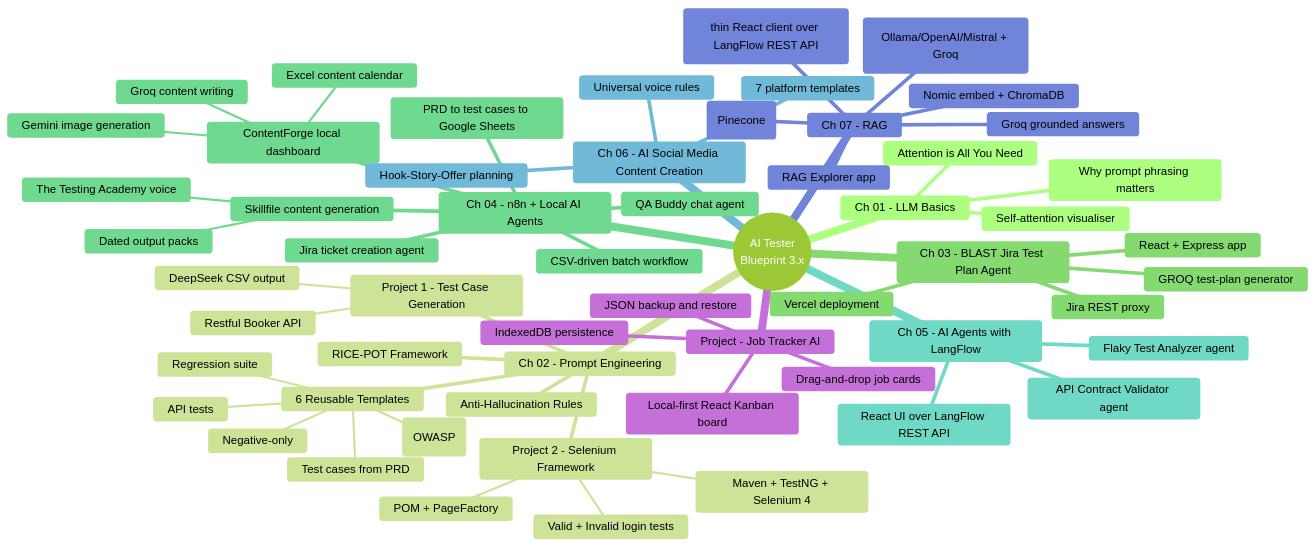
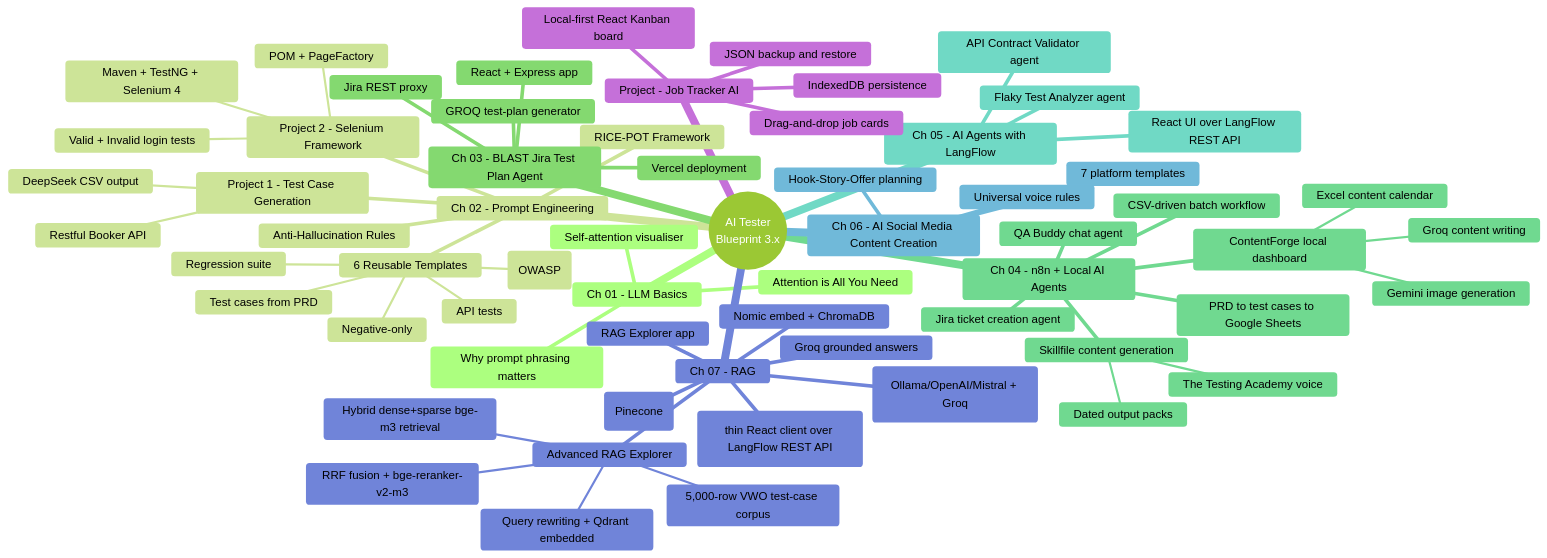
The first of 4 diagrams in README.md (SathishQASelenium/AI3xBatch), drawn with Mermaid (forest theme) before and after one commit. The commit also changed other lines of this file and 20 other files, not shown here.

First line of the commit message:
Add Advanced RAG Explorer (hybrid + RRF + rerank) and doc updates

````diff
--- a/README.md
+++ b/README.md
@@ -14,61 +14,66 @@
 ```mermaid
 mindmap
   root((AI Tester<br/>Blueprint 3.x))
     Ch 01 - LLM Basics
       Attention is All You Need
       Self-attention visualiser
       Why prompt phrasing matters
     Ch 02 - Prompt Engineering
       Anti-Hallucination Rules
       RICE-POT Framework
       Project 1 - Test Case Generation
         Restful Booker API
         DeepSeek CSV output
       Project 2 - Selenium Framework
         Maven + TestNG + Selenium 4
         POM + PageFactory
         Valid + Invalid login tests
       6 Reusable Templates
         Test cases from PRD
         API tests
         Negative-only
         Security (OWASP)
         Regression suite
     Ch 03 - BLAST Jira Test Plan Agent
       React + Express app
       Jira REST proxy
       GROQ test-plan generator
       Vercel deployment
     Ch 04 - n8n + Local AI Agents
       QA Buddy chat agent
       Jira ticket creation agent
       PRD to test cases to Google Sheets
       CSV-driven batch workflow
       ContentForge local dashboard
         Groq content writing
         Gemini image generation
         Excel content calendar
       Skillfile content generation
         The Testing Academy voice
         Dated output packs
     Ch 05 - AI Agents with LangFlow
       Flaky Test Analyzer agent
       API Contract Validator agent
       React UI over LangFlow REST API
     Ch 06 - AI Social Media Content Creation
       Hook-Story-Offer planning
       7 platform templates
       Universal voice rules
     Ch 07 - RAG
       RAG Explorer app
       Nomic embed + ChromaDB
       Groq grounded answers
       n8n no-code variant (Pinecone)
       LangFlow no-code variant (Ollama/OpenAI/Mistral + Groq)
       LangFlow RAG Explorer chat UI (thin React client over LangFlow REST API)
+      Advanced RAG Explorer
+        Hybrid dense+sparse bge-m3 retrieval
+        RRF fusion + bge-reranker-v2-m3
+        Query rewriting + Qdrant embedded
+        5,000-row VWO test-case corpus
     Project - Job Tracker AI
       Local-first React Kanban board
       IndexedDB persistence
       Drag-and-drop job cards
       JSON backup and restore
 ```
````
